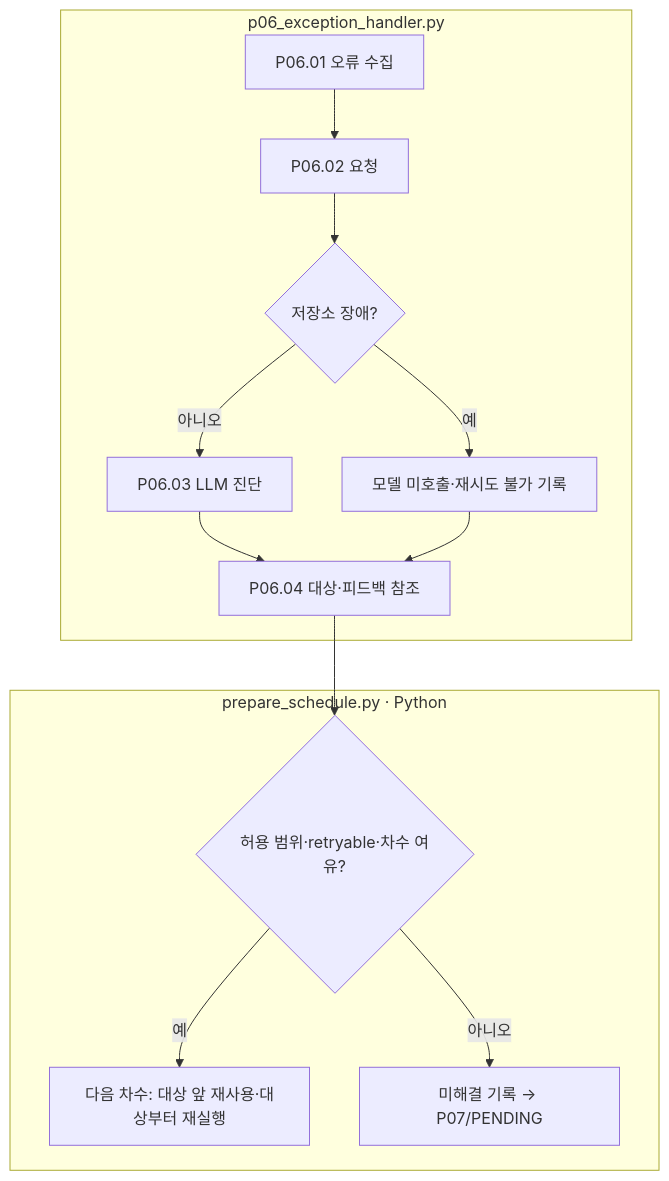
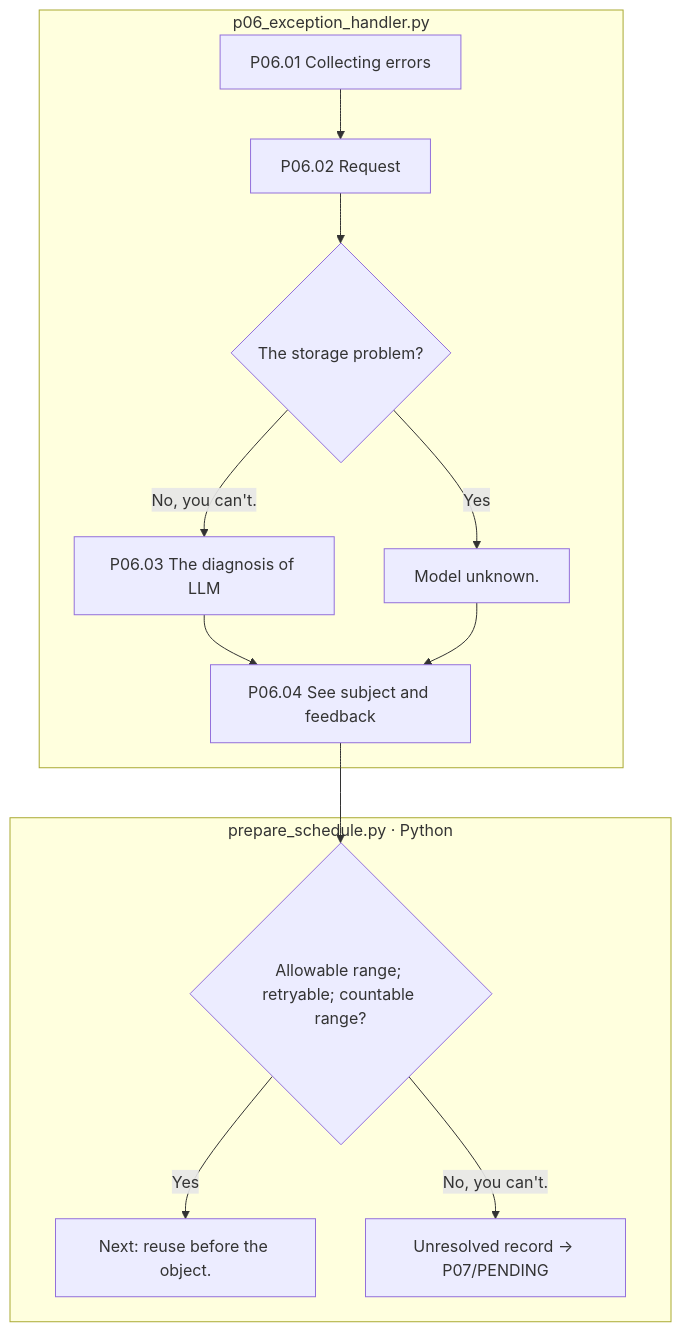
One commit to pnu-clink/finject changed the diagram in src/finarch/documentation/templates/stages/01-dataset/01-preparation/06-exception-handler/README.md. Above: the diagram before and after it, drawn with Mermaid. The commit also changed other lines of this file and 644 other files, not shown here.

````diff
--- a/src/finarch/documentation/templates/stages/01-dataset/01-preparation/06-exception-handler/README.md
+++ b/src/finarch/documentation/templates/stages/01-dataset/01-preparation/06-exception-handler/README.md
@@ -18,15 +18,15 @@
 ```mermaid
 flowchart TD
  subgraph H["p06_exception_handler.py"]
-  A["P06.01 오류 수집"] --> B["P06.02 요청"] --> C{"저장소 장애?"}
-  C -->|아니오| D["P06.03 LLM 진단"]
-  C -->|예| E["모델 미호출·재시도 불가 기록"]
-  D --> F["P06.04 대상·피드백 참조"]
+  A["P06.01 Collecting errors"] --> B["P06.02 Request"] --> C{"The storage problem?"}
+  C -->|No, you can't.| D["P06.03 The diagnosis of LLM"]
+  C -->|Yes| E["Model unknown."]
+  D --> F["P06.04 See subject and feedback"]
   E --> F
  end
  subgraph S["prepare_schedule.py · Python"]
-  F --> G{"허용 범위·retryable·차수 여유?"}
-  G -->|예| R["다음 차수: 대상 앞 재사용·대상부터 재실행"]
-  G -->|아니오| U["미해결 기록 → P07/PENDING"]
+  F --> G{"Allowable range; retryable; countable range?"}
+  G -->|Yes| R["Next: reuse before the object."]
+  G -->|No, you can't.| U["Unresolved record → P07/PENDING"]
  end
 ```
````
